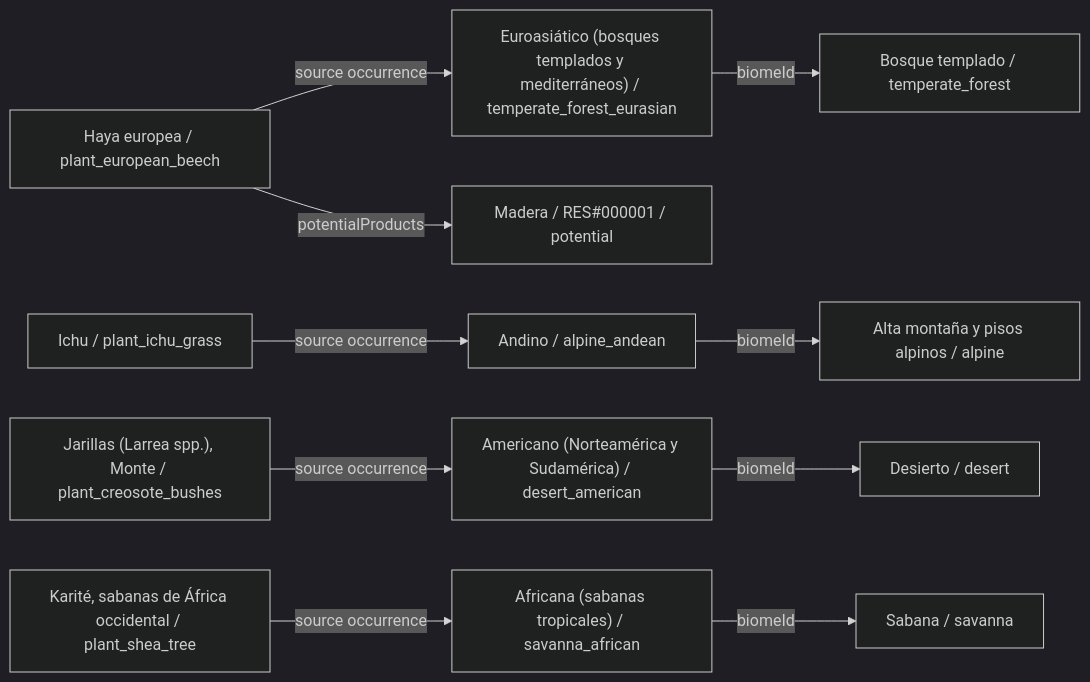
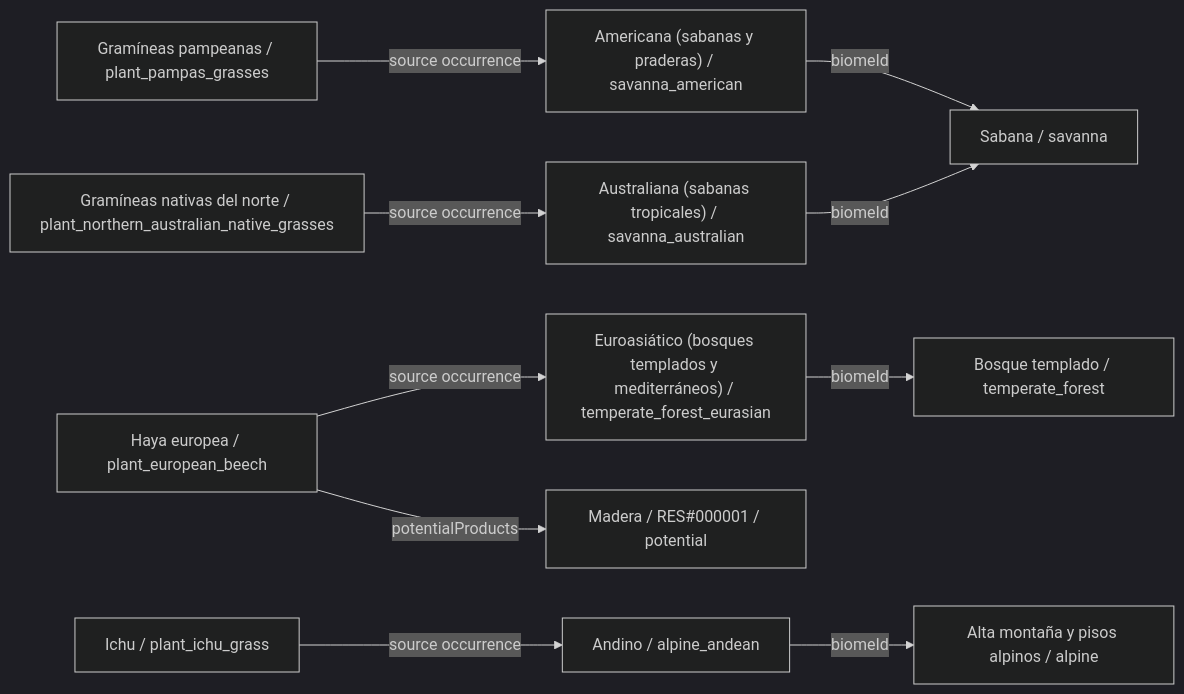
Before and after one commit to fgabo404/EvolveDoc: diagram 12 of 34 in data/plants/DIAGRAMS.es.md, drawn with Mermaid (dark theme). The commit also changed other lines of this file and 59 other files, not shown here.

````diff
--- a/data/plants/DIAGRAMS.es.md
+++ b/data/plants/DIAGRAMS.es.md
@@ -514,25 +454,24 @@
 ```mermaid
 flowchart LR
-    c0["Haya europea / plant_european_beech"]
+    c0["Gramíneas nativas del norte / plant_northern_australian_native_grasses"]
+    v14["Australiana (sabanas tropicales) / savanna_australian"]
+    b3["Sabana / savanna"]
+    c1["Gramíneas pampeanas / plant_pampas_grasses"]
+    v12["Americana (sabanas y praderas) / savanna_american"]
+    c2["Haya europea / plant_european_beech"]
     v4["Euroasiático (bosques templados y mediterráneos) / temperate_forest_eurasian"]
     b1["Bosque templado / temperate_forest"]
-    o0_0["Madera / RES#000001 / potential"]
-    c1["Ichu / plant_ichu_grass"]
+    o2_0["Madera / RES#000001 / potential"]
+    c3["Ichu / plant_ichu_grass"]
     v23["Andino / alpine_andean"]
     b6["Alta montaña y pisos alpinos / alpine"]
-    c2["Jarillas (Larrea spp.), Monte / plant_creosote_bushes"]
-    v15["Americano (Norteamérica y Sudamérica) / desert_american"]
-    b4["Desierto / desert"]
-    c3["Karité, sabanas de África occidental / plant_shea_tree"]
-    v11["Africana (sabanas tropicales) / savanna_african"]
-    b3["Sabana / savanna"]
-    c0 -->|potentialProducts| o0_0
-    c0 -->|source occurrence| v4
-    c1 -->|source occurrence| v23
-    c2 -->|source occurrence| v15
-    c3 -->|source occurrence| v11
-    v11 -->|biomeId| b3
-    v15 -->|biomeId| b4
+    c0 -->|source occurrence| v14
+    c1 -->|source occurrence| v12
+    c2 -->|potentialProducts| o2_0
+    c2 -->|source occurrence| v4
+    c3 -->|source occurrence| v23
+    v12 -->|biomeId| b3
+    v14 -->|biomeId| b3
     v23 -->|biomeId| b6
     v4 -->|biomeId| b1
 ```
````
